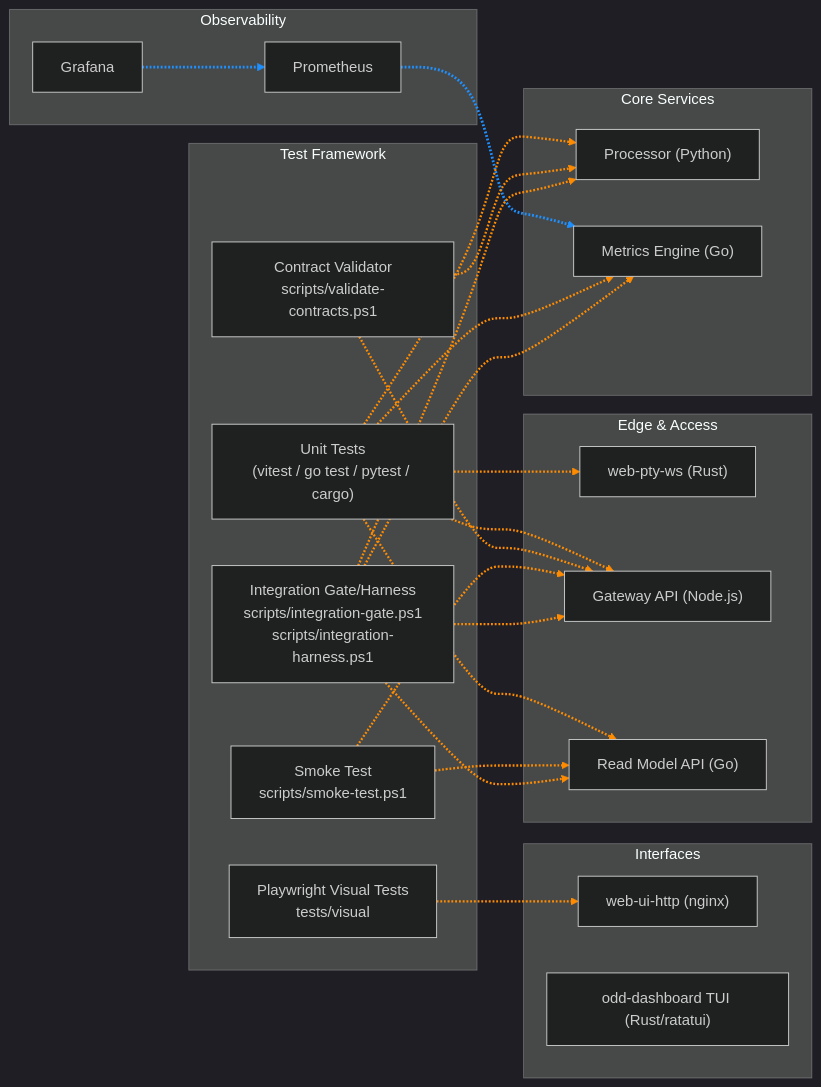
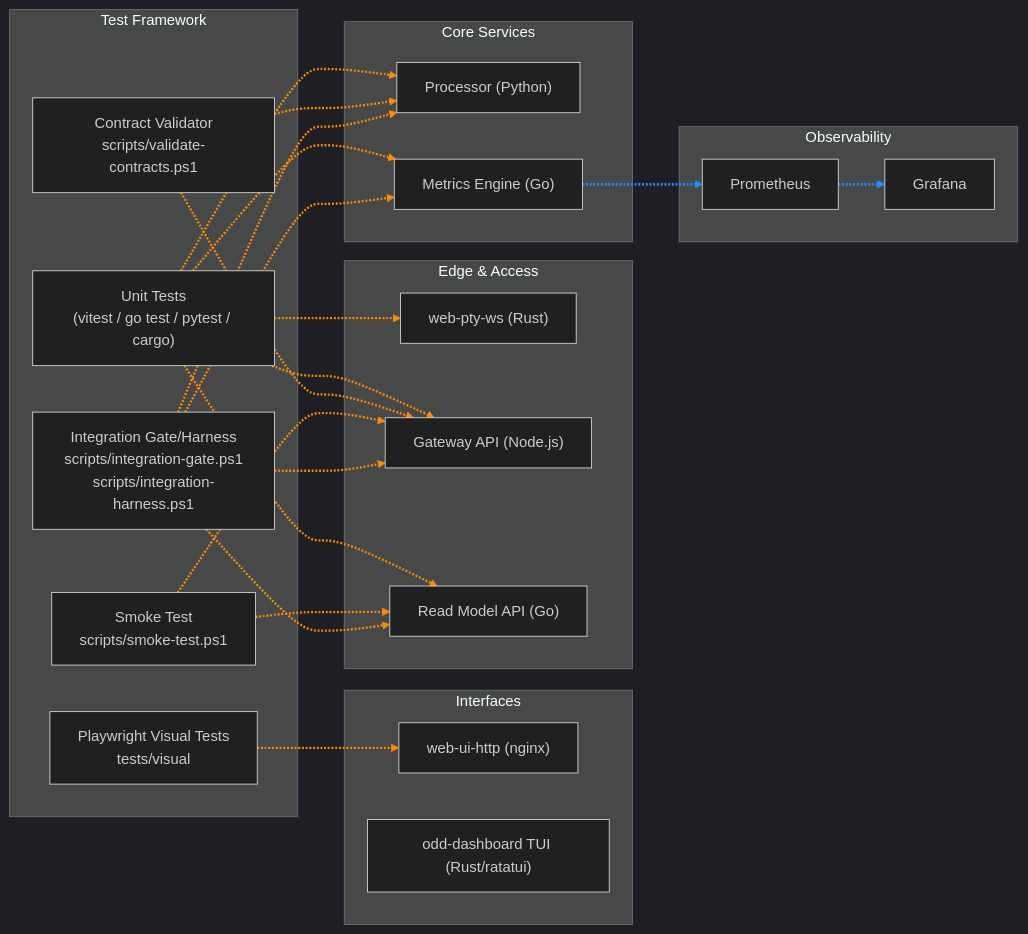
The diagram in architecture/observability.md (oddessentials/odd-demonstration), drawn with Mermaid (dark theme) before and after one commit. The commit also changed 4 other files, not shown here.

Commit message:
docs: update architecture diagrams

````diff
--- a/architecture/observability.md
+++ b/architecture/observability.md
@@ -5,77 +5,77 @@
 ```mermaid
 flowchart LR
   %% NOTE:
   %% linkStyle indices are order-dependent.
   %% If you add/remove edges above, update the linkStyle indices below.
 
   subgraph Interfaces
     WebUI["web-ui-http (nginx)"]
     TUI["odd-dashboard TUI (Rust/ratatui)"]
   end
 
   subgraph EdgeServices["Edge & Access"]
     WebPTY["web-pty-ws (Rust)"]
     Gateway["Gateway API (Node.js)"]
     ReadModel["Read Model API (Go)"]
   end
 
   subgraph CoreServices["Core Services"]
     Processor["Processor (Python)"]
     Metrics["Metrics Engine (Go)"]
   end
 
   subgraph Observability
     Prometheus["Prometheus"]
     Grafana["Grafana"]
   end
 
   subgraph Testing["Test Framework"]
     Unit["Unit Tests\n(vitest / go test / pytest / cargo)"]
     Contracts["Contract Validator\nscripts/validate-contracts.ps1"]
     Smoke["Smoke Test\nscripts/smoke-test.ps1"]
     Integration["Integration Gate/Harness\nscripts/integration-gate.ps1\nscripts/integration-harness.ps1"]
     Visual["Playwright Visual Tests\ntests/visual"]
   end
 
   %% Observability edges (BLUE)
-  Prometheus -.-> Metrics
-  Grafana -.-> Prometheus
+  Metrics -.-> Prometheus
+  Prometheus -.-> Grafana
 
   %% Test framework edges (ORANGE)
   Unit -.-> Gateway
   Unit -.-> Processor
   Unit -.-> Metrics
   Unit -.-> ReadModel
   Unit -.-> WebPTY
   Contracts -.-> Gateway
   Contracts -.-> Processor
   Smoke -.-> Gateway
   Smoke -.-> ReadModel
   Integration -.-> Gateway
   Integration -.-> ReadModel
   Integration -.-> Processor
   Integration -.-> Metrics
   Visual -.-> WebUI
 
   %% Edge styling by semantic group
 
   %% Observability edges (indices 0–1)
   linkStyle 0 stroke:#1E90FF,stroke-width:3px;
   linkStyle 1 stroke:#1E90FF,stroke-width:3px;
 
   %% Test framework edges (indices 2–15)
   linkStyle 2 stroke:#FF8C00,stroke-width:2.5px;
   linkStyle 3 stroke:#FF8C00,stroke-width:2.5px;
   linkStyle 4 stroke:#FF8C00,stroke-width:2.5px;
   linkStyle 5 stroke:#FF8C00,stroke-width:2.5px;
   linkStyle 6 stroke:#FF8C00,stroke-width:2.5px;
   linkStyle 7 stroke:#FF8C00,stroke-width:2.5px;
   linkStyle 8 stroke:#FF8C00,stroke-width:2.5px;
   linkStyle 9 stroke:#FF8C00,stroke-width:2.5px;
   linkStyle 10 stroke:#FF8C00,stroke-width:2.5px;
   linkStyle 11 stroke:#FF8C00,stroke-width:2.5px;
   linkStyle 12 stroke:#FF8C00,stroke-width:2.5px;
   linkStyle 13 stroke:#FF8C00,stroke-width:2.5px;
   linkStyle 14 stroke:#FF8C00,stroke-width:2.5px;
   linkStyle 15 stroke:#FF8C00,stroke-width:2.5px;
 ```
````
